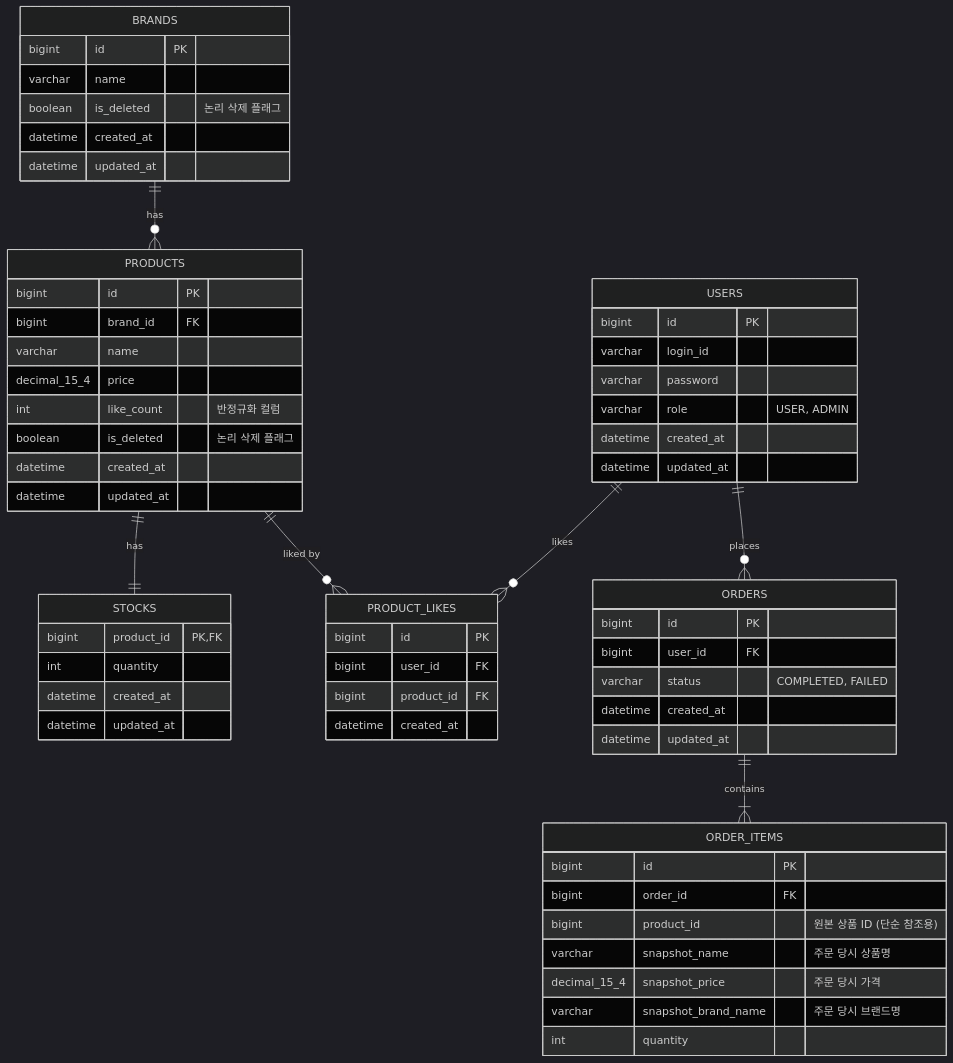
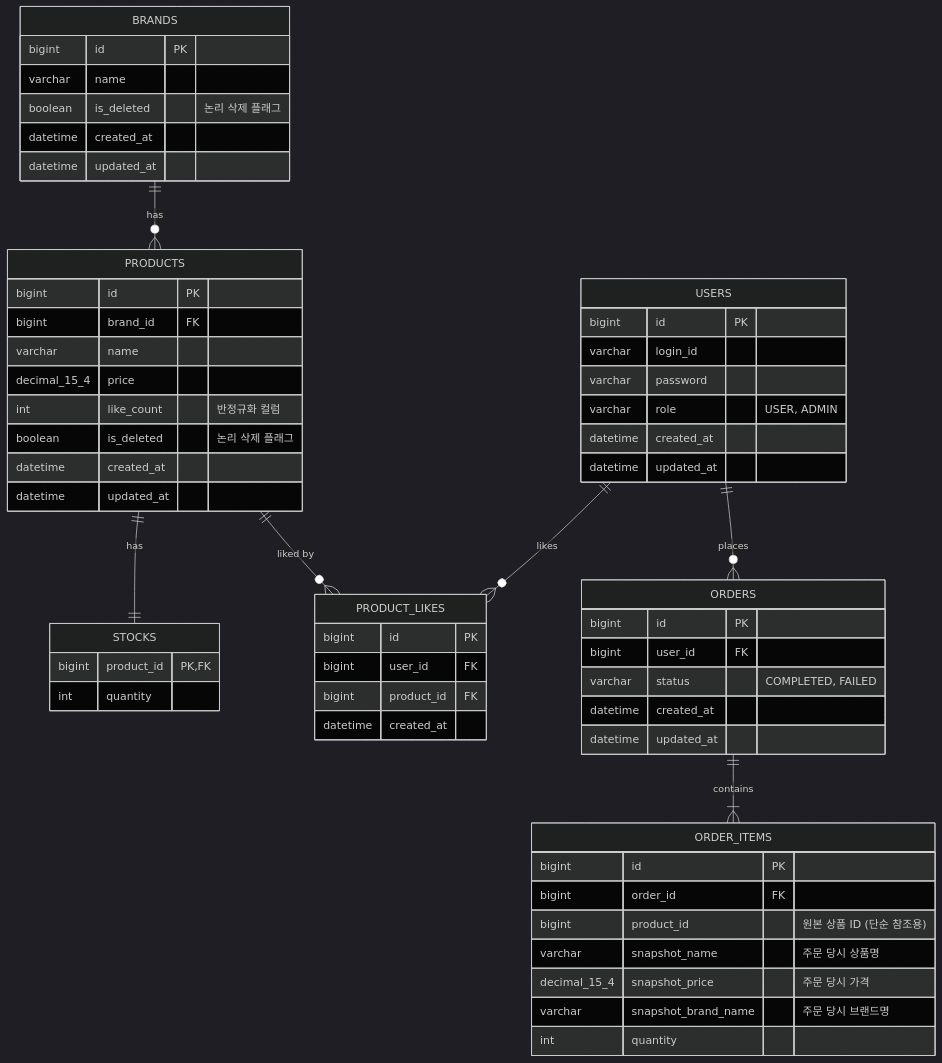
One commit to loopers-labs/loop-pack-be-l2-vol4-java changed the diagram in docs/week2/04-erd.md. Above: the diagram before and after it, drawn with Mermaid (dark theme). The commit also changed 3 other files, not shown here.

````diff
--- a/docs/week2/04-erd.md
+++ b/docs/week2/04-erd.md
@@ -1,71 +1,69 @@
 ```mermaid
 erDiagram
     USERS {
         bigint id PK
         varchar login_id
         varchar password
         varchar role "USER, ADMIN"
         datetime created_at
         datetime updated_at
     }
 
     BRANDS {
         bigint id PK
         varchar name
         boolean is_deleted "논리 삭제 플래그"
         datetime created_at
         datetime updated_at
     }
 
     PRODUCTS {
         bigint id PK
         bigint brand_id FK
         varchar name
         decimal_15_4 price
         int like_count "반정규화 컬럼"
         boolean is_deleted "논리 삭제 플래그"
         datetime created_at
         datetime updated_at
     }
 
     STOCKS {
         bigint product_id PK, FK
         int quantity
-        datetime created_at
-        datetime updated_at
     }
 
     PRODUCT_LIKES {
         bigint id PK
         bigint user_id FK
         bigint product_id FK
         datetime created_at
         %% Unique Index: (user_id, product_id)
     }
 
     ORDERS {
         bigint id PK
         bigint user_id FK
         varchar status "COMPLETED, FAILED"
         datetime created_at
         datetime updated_at
     }
 
     ORDER_ITEMS {
         bigint id PK
         bigint order_id FK
         bigint product_id "원본 상품 ID (단순 참조용)"
         varchar snapshot_name "주문 당시 상품명"
         decimal_15_4 snapshot_price "주문 당시 가격"
         varchar snapshot_brand_name "주문 당시 브랜드명"
         int quantity
     }
 
     %% Relationships
     BRANDS ||--o{ PRODUCTS : "has"
     PRODUCTS ||--|| STOCKS : "has"
     USERS ||--o{ ORDERS : "places"
     ORDERS ||--|{ ORDER_ITEMS : "contains"
     USERS ||--o{ PRODUCT_LIKES : "likes"
     PRODUCTS ||--o{ PRODUCT_LIKES : "liked by"
 ```
````
